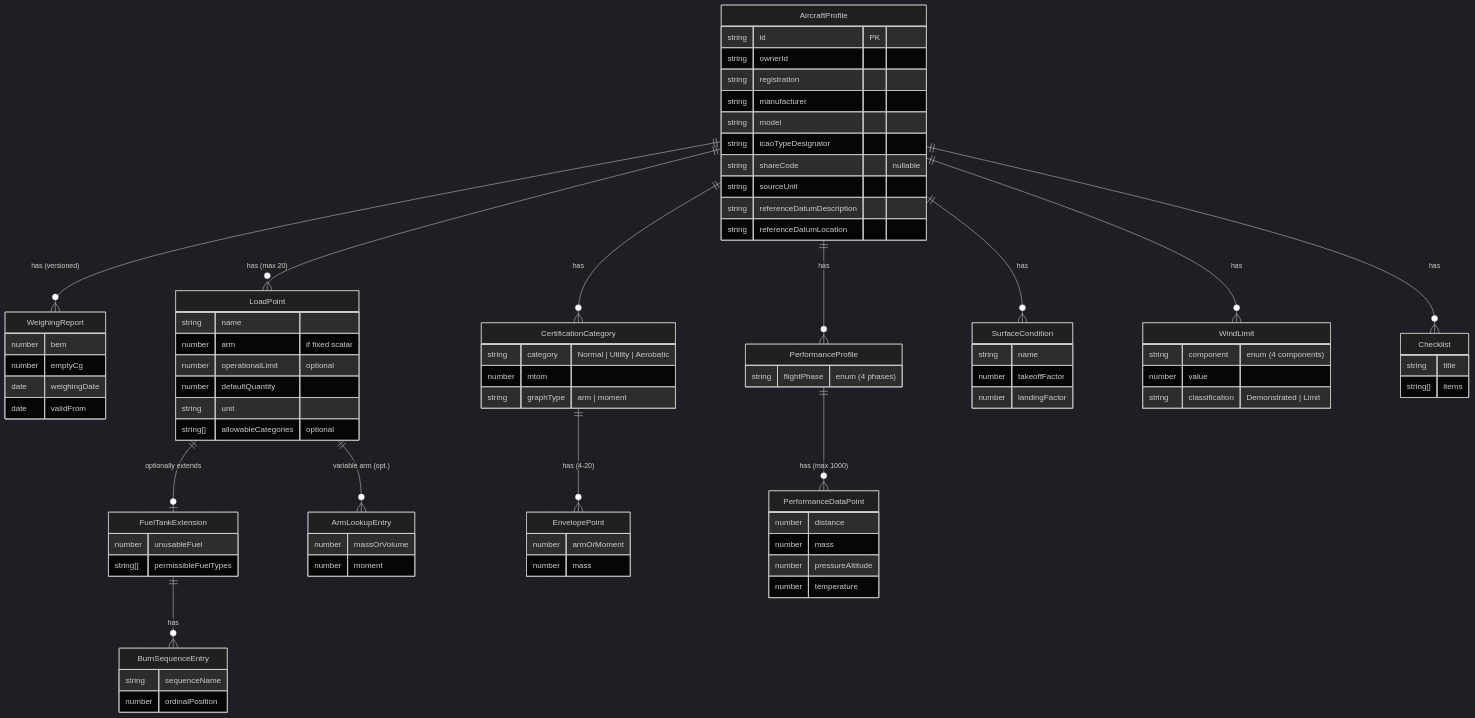
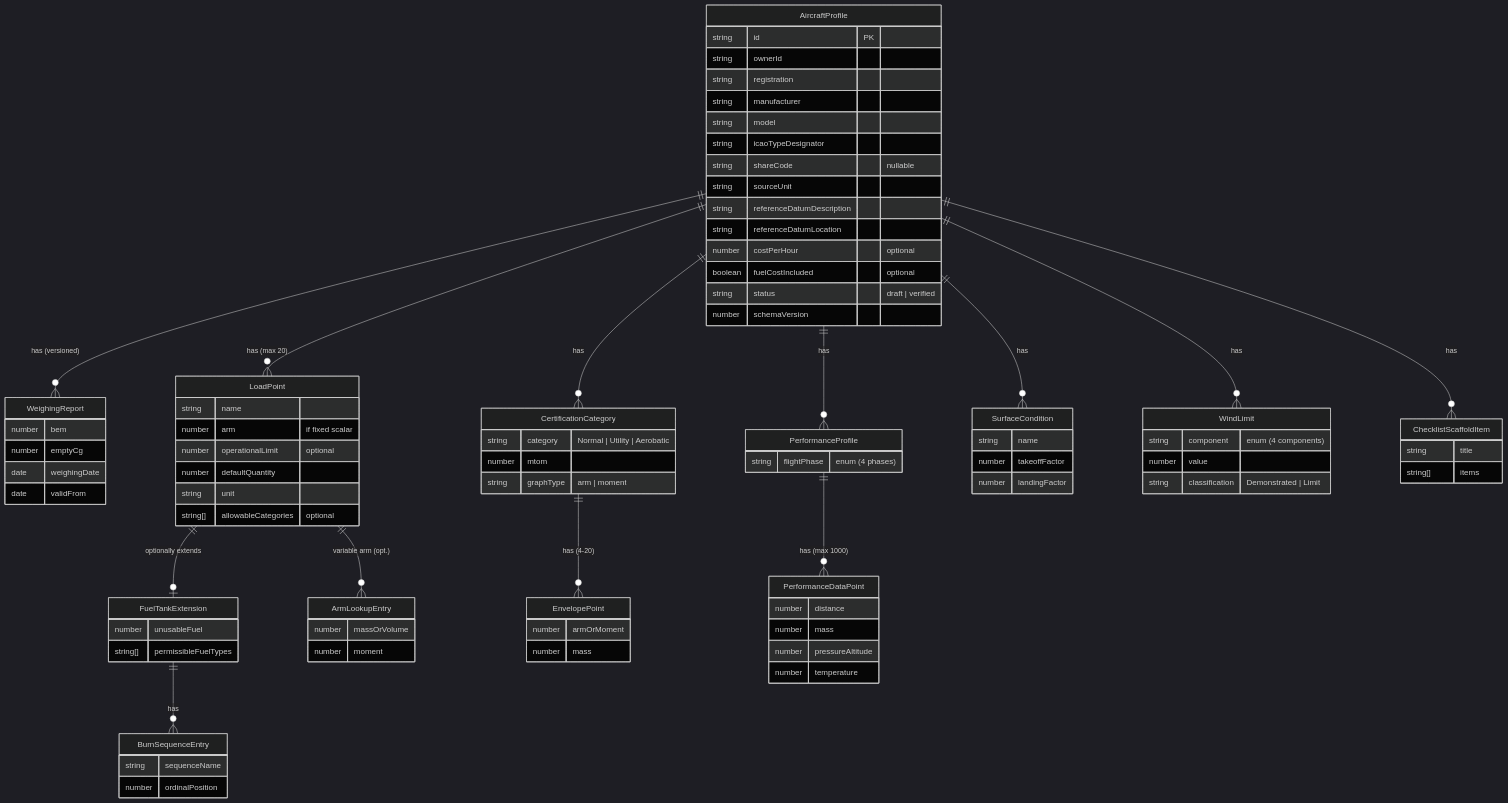
The diagram in docs/architecture/aircraft_data_model.md (naturelle137/AeroDash), drawn with Mermaid (dark theme) before and after one commit. The commit also changed other lines of this file and 7 other files, not shown here.

```diff
--- a/docs/architecture/aircraft_data_model.md
+++ b/docs/architecture/aircraft_data_model.md
@@ -28,7 +28,7 @@
     AircraftProfile ||--o{ PerformanceProfile : "has"
     AircraftProfile ||--o{ SurfaceCondition : "has"
     AircraftProfile ||--o{ WindLimit : "has"
-    AircraftProfile ||--o{ Checklist : "has"
+    AircraftProfile ||--o{ ChecklistScaffoldItem : "has"
     LoadPoint ||--o| FuelTankExtension : "optionally extends"
     LoadPoint ||--o{ ArmLookupEntry : "variable arm (opt.)"
     FuelTankExtension ||--o{ BurnSequenceEntry : "has"
@@ -46,6 +46,10 @@
         string sourceUnit
         string referenceDatumDescription
         string referenceDatumLocation
+        number costPerHour "optional"
+        boolean fuelCostIncluded "optional"
+        string status "draft | verified"
+        number schemaVersion
     }
 
     WeighingReport {
@@ -113,7 +117,7 @@
         string classification "Demonstrated | Limit"
     }
 
-    Checklist {
+    ChecklistScaffoldItem {
         string title
         string[] items
     }
```
